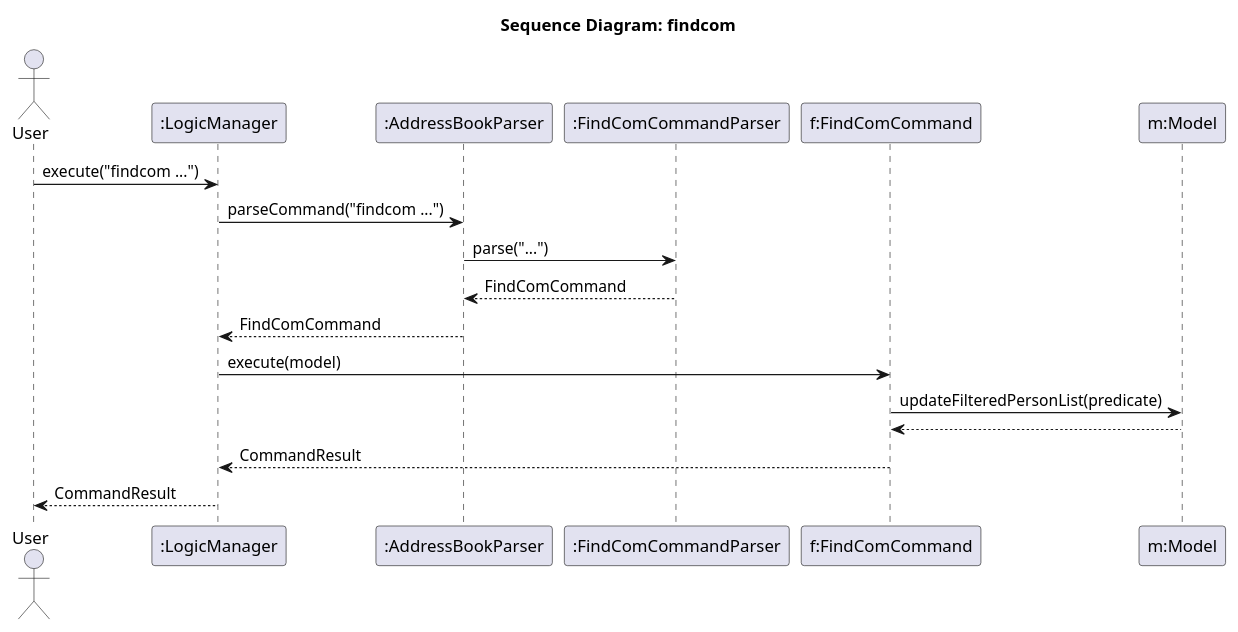
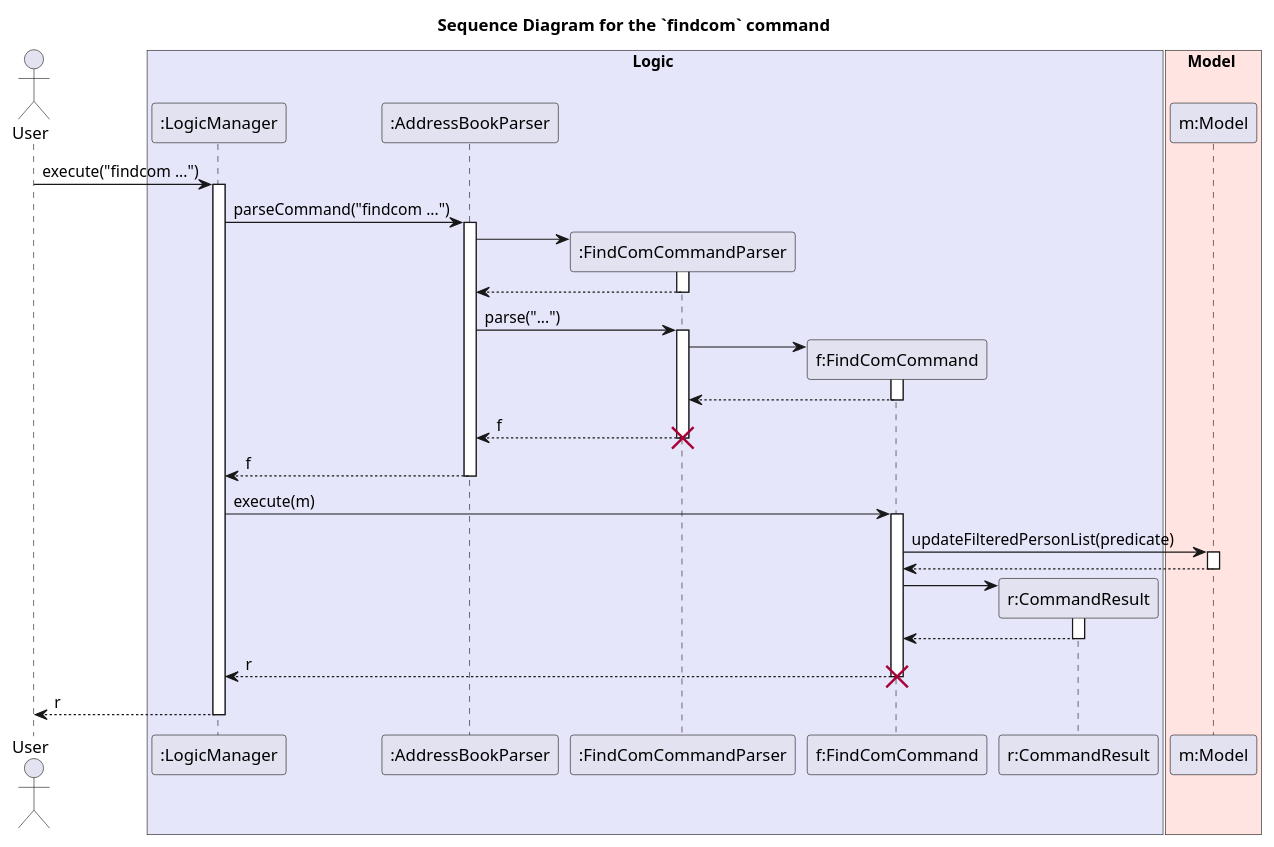
One commit to savagexr3/tp changed the diagram in docs/diagrams/company/FindComSequenceDiagram.puml. Above: the diagram before and after it, drawn with PlantUML. The commit also changed 5 other files, not shown here.

```diff
--- a/docs/diagrams/company/FindComSequenceDiagram.puml
+++ b/docs/diagrams/company/FindComSequenceDiagram.puml
@@ -1,23 +1,71 @@
 @startuml
-title Sequence Diagram: findcom
+title Sequence Diagram for the `findcom` command
 
 actor User
+
+box Logic #E6E6FA
 participant ":LogicManager" as Logic
 participant ":AddressBookParser" as ABParser
 participant ":FindComCommandParser" as Parser
 participant "f:FindComCommand" as Command
+participant "r:CommandResult" as Result
+end box
+
+box Model #FFE4E1
 participant "m:Model" as Model
+end box
 
 User -> Logic : execute("findcom ...")
+activate Logic
+
 Logic -> ABParser : parseCommand("findcom ...")
+activate ABParser
+
+create Parser
+ABParser -> Parser
+activate Parser
+
+ABParser <-- Parser
+deactivate Parser
+
 ABParser -> Parser : parse("...")
-Parser --> ABParser : FindComCommand
-ABParser --> Logic : FindComCommand
+activate Parser
 
-Logic -> Command : execute(model)
+create Command
+Parser -> Command
+activate Command
+
+Parser <-- Command
+deactivate Command
+
+ABParser <-- Parser : f
+deactivate Parser
+
+destroy Parser
+
+Logic <-- ABParser : f
+deactivate ABParser
+
+Logic -> Command : execute(m)
+activate Command
+
 Command -> Model : updateFilteredPersonList(predicate)
+activate Model
 Model --> Command
-Command --> Logic : CommandResult
-Logic --> User : CommandResult
+deactivate Model
+
+create Result
+Command -> Result
+activate Result
+Result --> Command
+deactivate Result
+
+Logic <-- Command : r
+deactivate Command
+
+destroy Command
+
+User <-- Logic : r
+deactivate Logic
 
 @enduml
```
